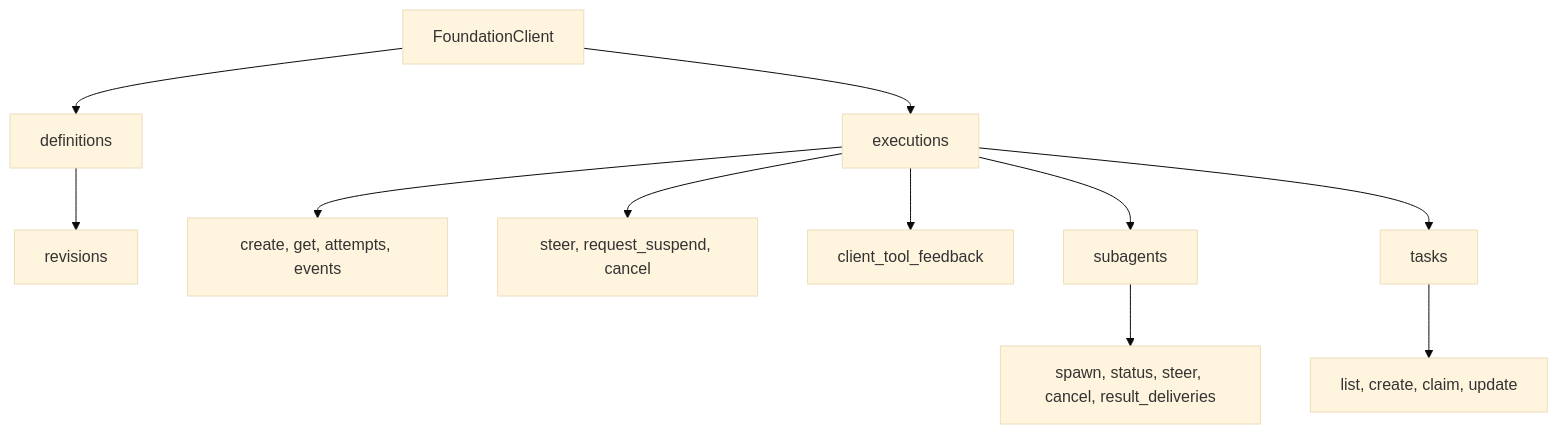
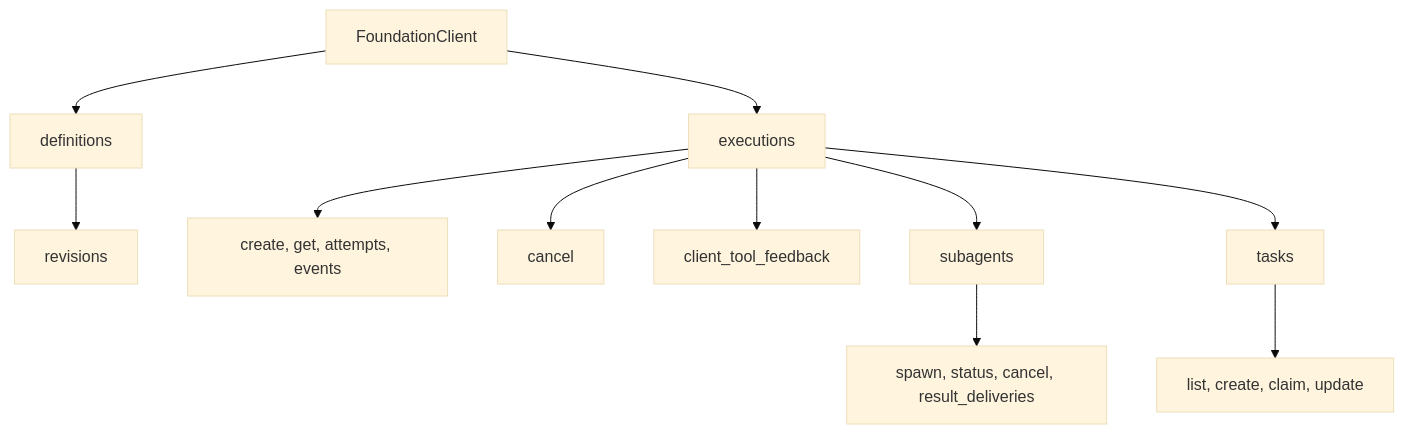
The first of 2 diagrams in spec/foundation-service/04-execution-api-and-events.md (LTThreeComma/agent-foundation), drawn with Mermaid (base theme) before and after one commit. The commit also changed other lines of this file and 31 other files, not shown here.

````diff
--- a/spec/foundation-service/04-execution-api-and-events.md
+++ b/spec/foundation-service/04-execution-api-and-events.md
@@ -38,22 +38,22 @@
 ```mermaid
 flowchart TB
     Client[FoundationClient]
     Definitions[definitions]
     Revisions[revisions]
     Executions[executions]
     Core[create, get, attempts, events]
-    Commands[steer, request_suspend, cancel]
+    Commands[cancel]
     ClientTools[client_tool_feedback]
     Subagents[subagents]
-    SubagentOps[spawn, status, steer, cancel, result_deliveries]
+    SubagentOps[spawn, status, cancel, result_deliveries]
     Tasks[tasks]
     TaskOps[list, create, claim, update]
 
     Client --> Definitions --> Revisions
     Client --> Executions
     Executions --> Core
     Executions --> Commands
     Executions --> ClientTools
     Executions --> Subagents --> SubagentOps
     Executions --> Tasks --> TaskOps
 ```
````
